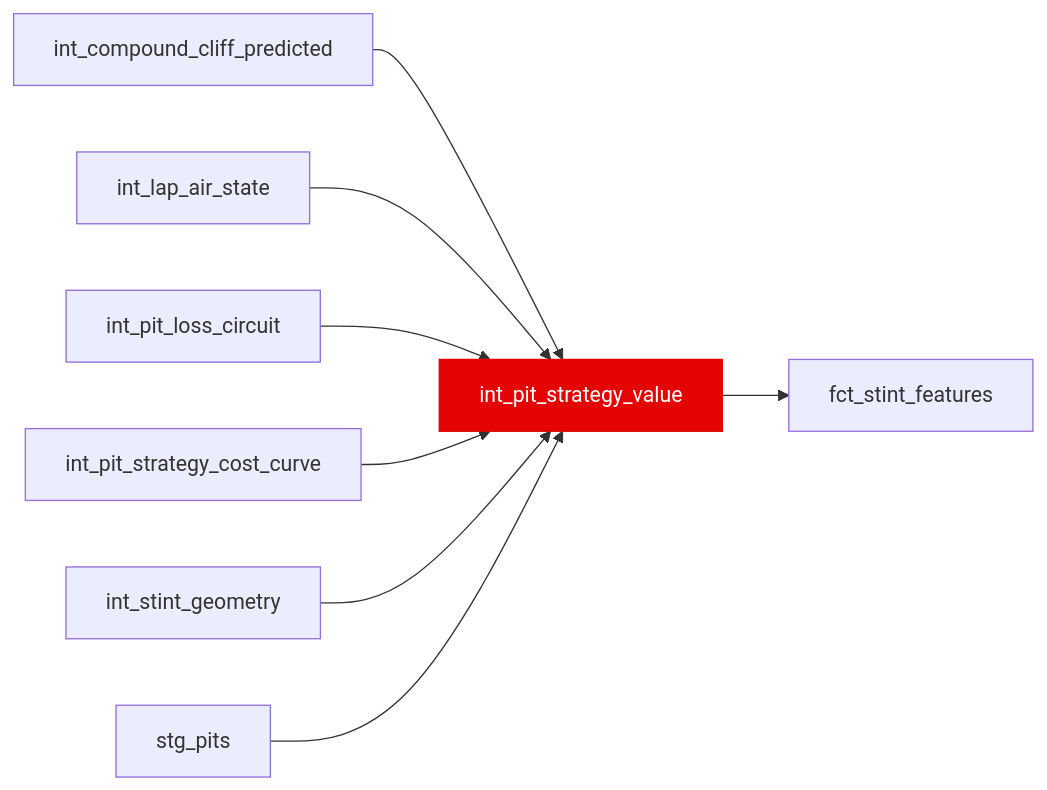
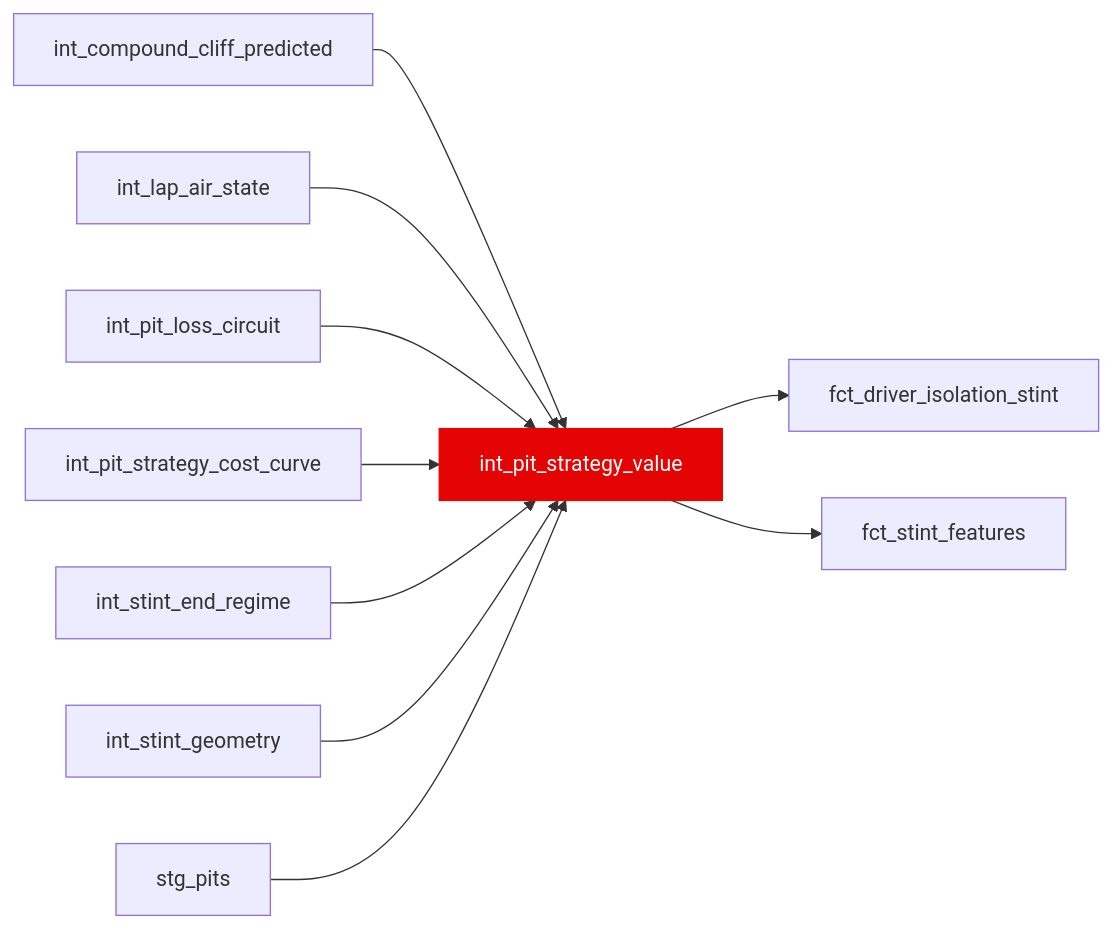
Before and after one commit to JustinClarke/off-the-pace: the diagram in docs/reference/models/int/int_pit_strategy_value.mdx, drawn with Mermaid. The commit also changed other lines of this file and 79 other files, not shown here.

````diff
--- a/docs/reference/models/int/int_pit_strategy_value.mdx
+++ b/docs/reference/models/int/int_pit_strategy_value.mdx
@@ -15,11 +15,13 @@
 ```mermaid
 flowchart LR
   int_compound_cliff_predicted --> int_pit_strategy_value
   int_lap_air_state --> int_pit_strategy_value
   int_pit_loss_circuit --> int_pit_strategy_value
   int_pit_strategy_cost_curve --> int_pit_strategy_value
+  int_stint_end_regime --> int_pit_strategy_value
   int_stint_geometry --> int_pit_strategy_value
   stg_pits --> int_pit_strategy_value
+  int_pit_strategy_value --> fct_driver_isolation_stint
   int_pit_strategy_value --> fct_stint_features
   style int_pit_strategy_value fill:#e40404,stroke:#e40404,color:#fff
 ```
````
